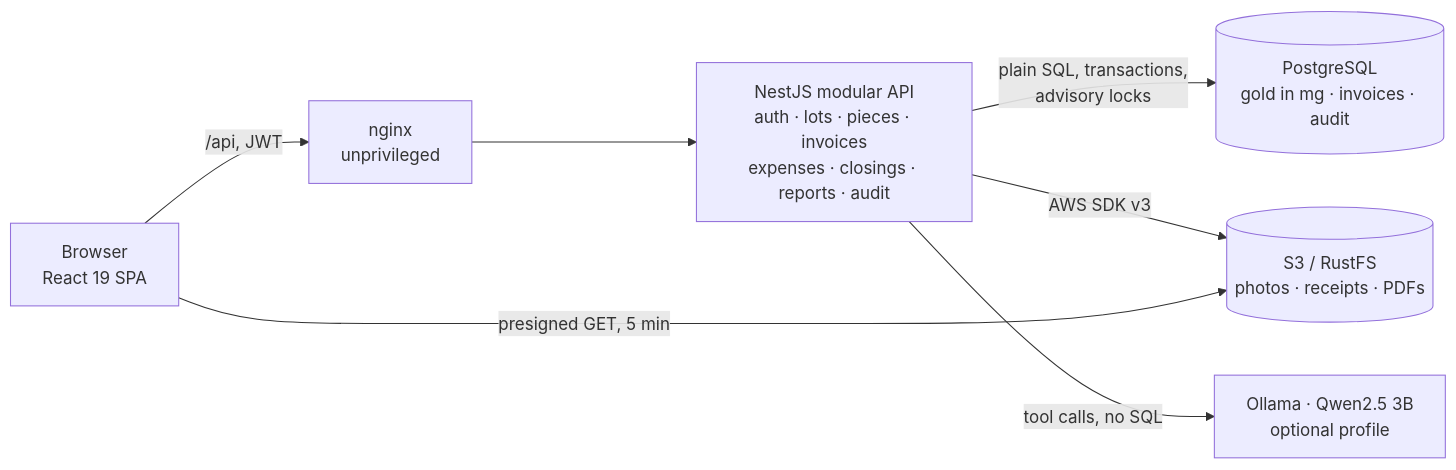
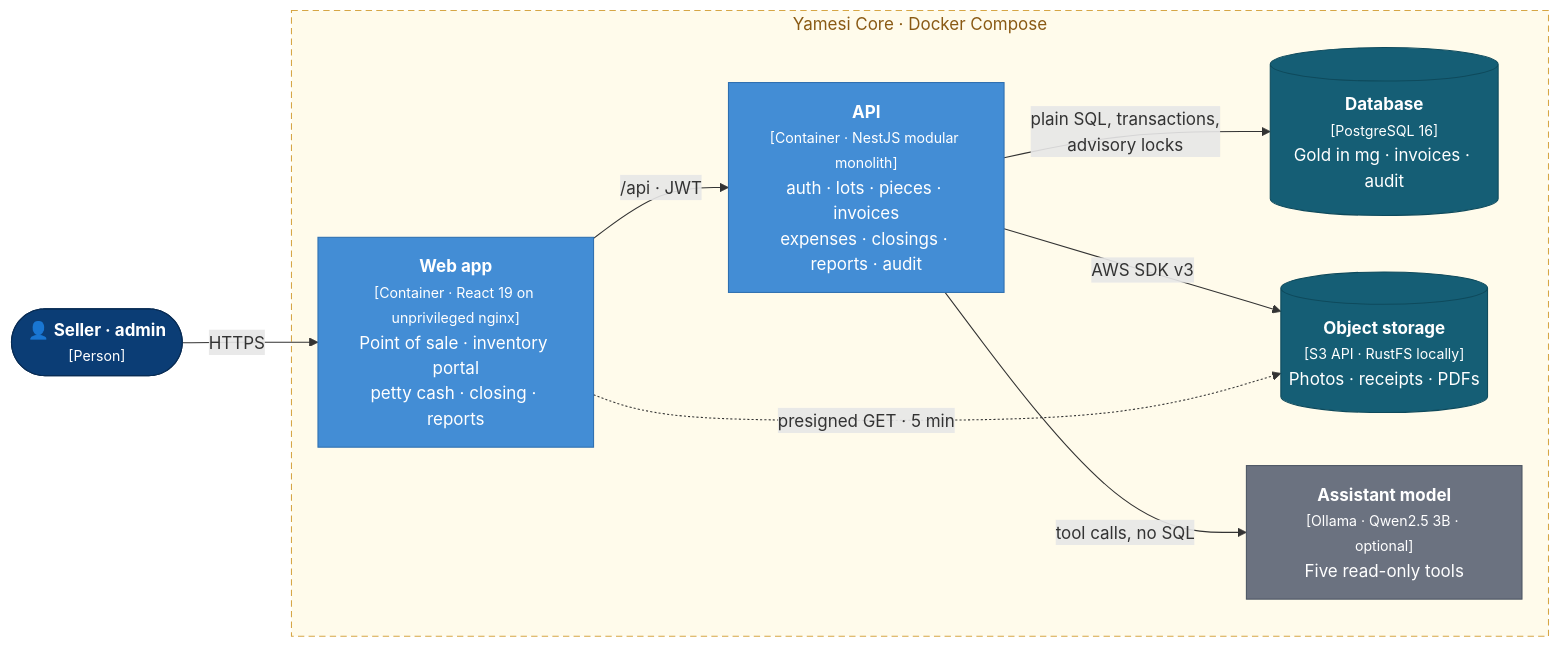
The diagram in diagrams/yamesi-containers.mmd (vzuliani97/vzuliani97.github.io), drawn with Mermaid before and after one commit. The commit also changed 12 other files, not shown here.

First line of the commit message:
feat: C4-style architecture diagrams (Mermaid, custom theme) for all three projects

```diff
--- a/diagrams/yamesi-containers.mmd
+++ b/diagrams/yamesi-containers.mmd
@@ -1,7 +1,22 @@
 flowchart LR
-  B["Browser<br/>React 19 SPA"] -->|/api, JWT| N["nginx<br/>unprivileged"]
-  N --> A["NestJS modular API<br/>auth · lots · pieces · invoices<br/>expenses · closings · reports · audit"]
-  A -->|plain SQL, transactions,<br/>advisory locks| P[("PostgreSQL<br/>gold in mg · invoices · audit")]
-  A -->|AWS SDK v3| S[("S3 / RustFS<br/>photos · receipts · PDFs")]
-  B -->|presigned GET, 5 min| S
-  A -->|tool calls, no SQL| O["Ollama · Qwen2.5 3B<br/>optional profile"]
+  user(["👤 <b>Seller · admin</b><br/><small>[Person]</small>"]):::person
+  subgraph boundary["Yamesi Core · Docker Compose"]
+    N["<b>Web app</b><br/><small>[Container · React 19 on unprivileged nginx]</small><br/>Point of sale · inventory portal<br/>petty cash · closing · reports"]:::container
+    A["<b>API</b><br/><small>[Container · NestJS modular monolith]</small><br/>auth · lots · pieces · invoices<br/>expenses · closings · reports · audit"]:::container
+    P[("<b>Database</b><br/><small>[PostgreSQL 16]</small><br/>Gold in mg · invoices · audit")]:::store
+    S[("<b>Object storage</b><br/><small>[S3 API · RustFS locally]</small><br/>Photos · receipts · PDFs")]:::store
+    O["<b>Assistant model</b><br/><small>[Ollama · Qwen2.5 3B · optional]</small><br/>Five read-only tools"]:::external
+  end
+  user -->|"HTTPS"| N
+  N -->|"/api · JWT"| A
+  A -->|"plain SQL, transactions,<br/>advisory locks"| P
+  A -->|"AWS SDK v3"| S
+  N -.->|"presigned GET · 5 min"| S
+  A -->|"tool calls, no SQL"| O
+
+  classDef person fill:#0b3d75,stroke:#082c55,color:#ffffff
+  classDef container fill:#438dd5,stroke:#2e6fb0,color:#ffffff
+  classDef store fill:#155e75,stroke:#0e4a5c,color:#ffffff
+  classDef external fill:#6b7280,stroke:#4b5563,color:#ffffff
+  classDef planned fill:#ffffff,stroke:#94a3b8,stroke-dasharray:6 4,color:#475569
+  style boundary fill:#fffbeb,stroke:#d6a645,stroke-dasharray:6 4,color:#8a5a14
```
